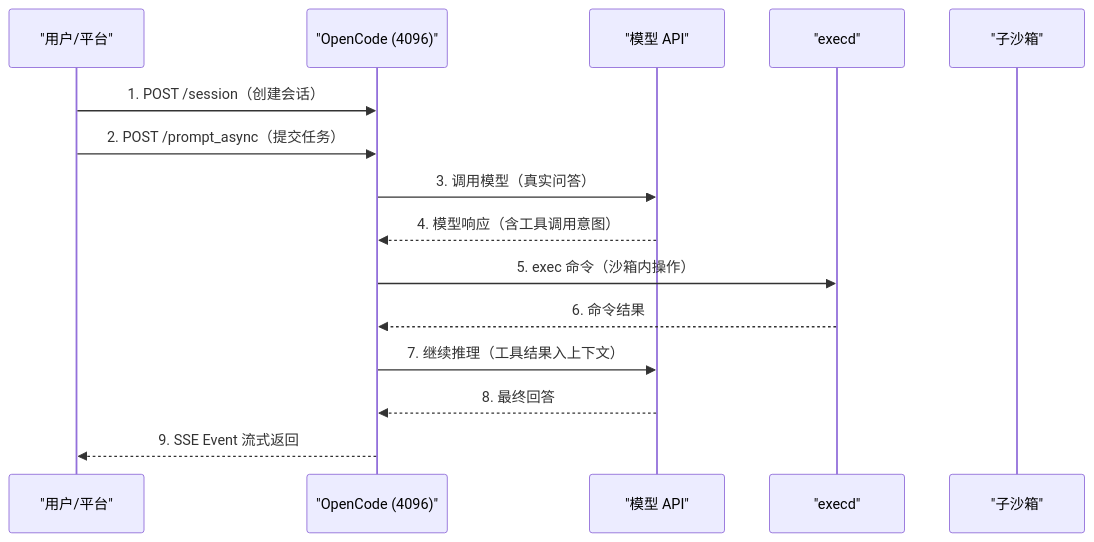
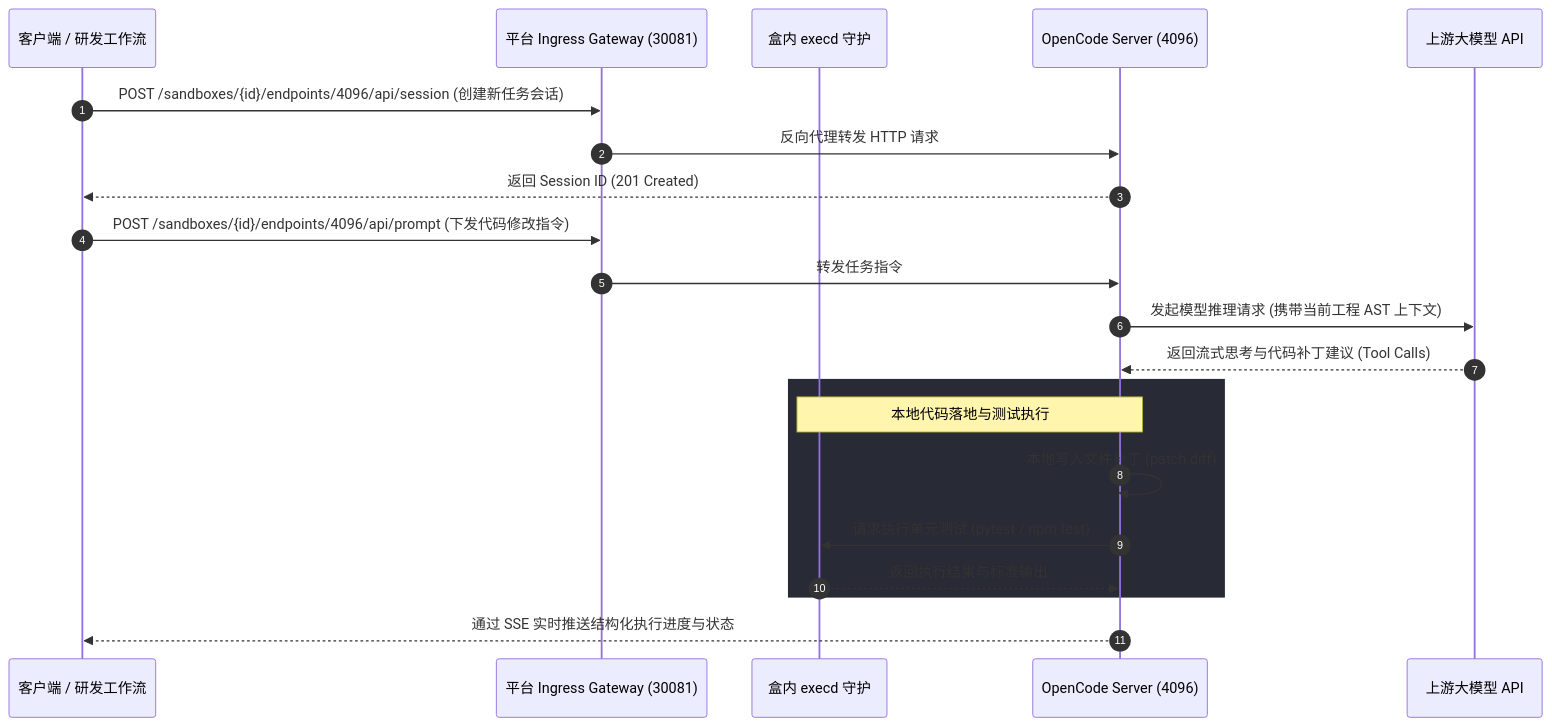
One commit to hpliStartAgain/my-brain changed the fourth of 9 diagrams in content/LLM/Agent沙箱技术/工程实践/11 三类 Agent 沙箱落地——OpenCode、Hermes 与 LangChain 镜像化实战.md. Above: the diagram before and after it, drawn with Mermaid. The commit also changed other lines of this file and 17 other files, not shown here.

````diff
--- a/content/LLM/Agent沙箱技术/工程实践/11 三类 Agent 沙箱落地——OpenCode、Hermes 与 LangChain 镜像化实战.md
+++ b/content/LLM/Agent沙箱技术/工程实践/11 三类 Agent 沙箱落地——OpenCode、Hermes 与 LangChain 镜像化实战.md
@@ -232,19 +285,28 @@
 ```mermaid
 %%{init: {'theme': 'dracula', 'themeVariables': {'primaryColor': '#6272a4', 'primaryTextColor': '#f8f8f2', 'primaryBorderColor': '#bd93f9', 'lineColor': '#ff79c6', 'secondaryColor': '#44475a', 'tertiaryColor': '#282a36'}}%%
 sequenceDiagram
-    participant U as "用户/平台"
-    participant O as "OpenCode (4096)"
-    participant M as "模型 API"
-    participant E as "execd"
-    participant S as "子沙箱"
+    autonumber
+    participant Client as 客户端 / 研发工作流
+    participant Gateway as 平台 Ingress Gateway (30081)
+    participant Execd as 盒内 execd 守护
+    participant OC as OpenCode Server (4096)
+    participant LLM as 上游大模型 API
 
-    U->>O: 1. POST /session（创建会话）
-    U->>O: 2. POST /prompt_async（提交任务）
-    O->>M: 3. 调用模型（真实问答）
-    M-->>O: 4. 模型响应（含工具调用意图）
-    O->>E: 5. exec 命令（沙箱内操作）
-    E-->>O: 6. 命令结果
-    O->>M: 7. 继续推理（工具结果入上下文）
-    M-->>O: 8. 最终回答
-    O-->>U: 9. SSE Event 流式返回
+    Client->>Gateway: POST /sandboxes/{id}/endpoints/4096/api/session (创建新任务会话)
+    Gateway->>OC: 反向代理转发 HTTP 请求
+    OC-->>Client: 返回 Session ID (201 Created)
+
+    Client->>Gateway: POST /sandboxes/{id}/endpoints/4096/api/prompt (下发代码修改指令)
+    Gateway->>OC: 转发任务指令
+    OC->>LLM: 发起模型推理请求 (携带当前工程 AST 上下文)
+    LLM-->>OC: 返回流式思考与代码补丁建议 (Tool Calls)
+
+    rect rgb(40, 42, 54)
+    Note over OC,Execd: 本地代码落地与测试执行
+    OC->>OC: 本地写入文件补丁 (patch.diff)
+    OC->>Execd: 请求执行单元测试 (pytest / npm test)
+    Execd-->>OC: 返回执行结果与标准输出
+    end
+
+    OC-->>Client: 通过 SSE 实时推送结构化执行进度与状态
 ```
````
